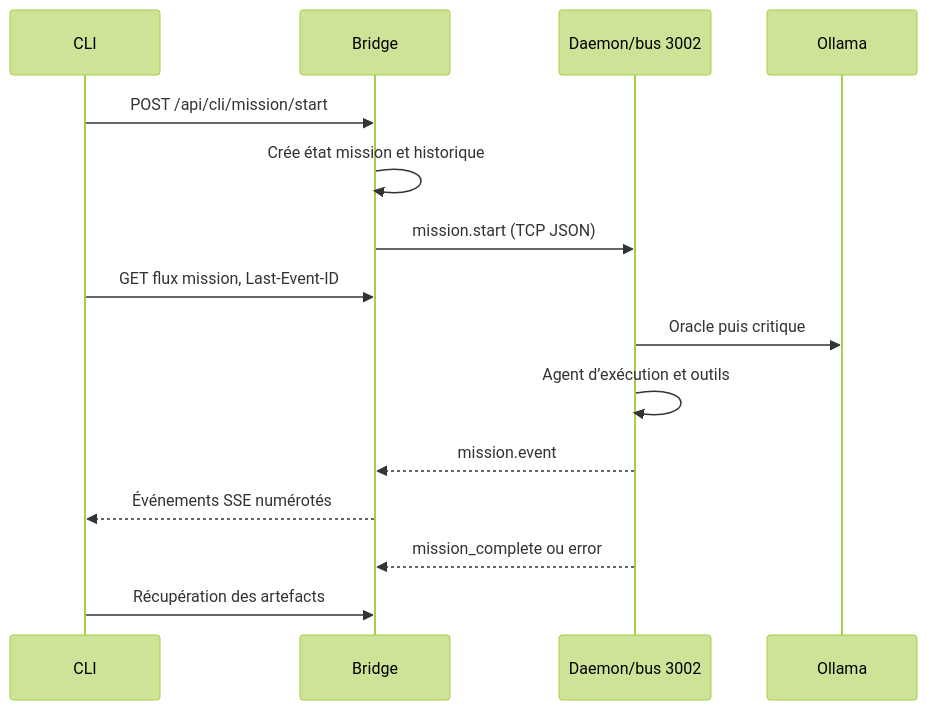
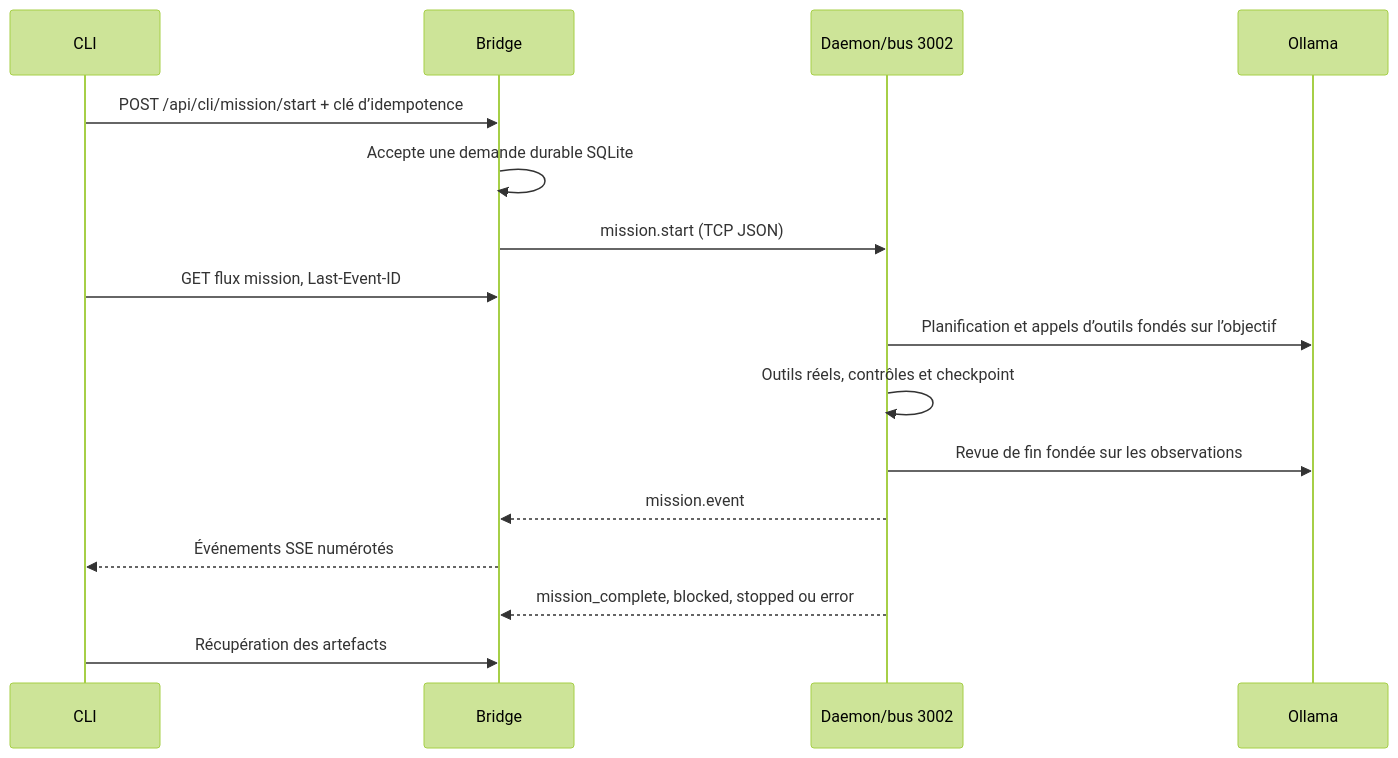
One commit to juancodepyandc/juan-of-bike-ia-linux changed the second of 2 diagrams in ARCHITECTURE_MAITRE.md. Above: the diagram before and after it, drawn with Mermaid (forest theme). The commit also changed other lines of this file and 19 other files, not shown here.

````diff
--- a/ARCHITECTURE_MAITRE.md
+++ b/ARCHITECTURE_MAITRE.md
@@ -350,17 +364,18 @@
 ```mermaid
 sequenceDiagram
   participant C as CLI
   participant B as Bridge
   participant D as Daemon/bus 3002
   participant O as Ollama
-  C->>B: POST /api/cli/mission/start
-  B->>B: Crée état mission et historique
+  C->>B: POST /api/cli/mission/start + clé d’idempotence
+  B->>B: Accepte une demande durable SQLite
   B->>D: mission.start (TCP JSON)
   C->>B: GET flux mission, Last-Event-ID
-  D->>O: Oracle puis critique
-  D->>D: Agent d’exécution et outils
+  D->>O: Planification et appels d’outils fondés sur l’objectif
+  D->>D: Outils réels, contrôles et checkpoint
+  D->>O: Revue de fin fondée sur les observations
   D-->>B: mission.event
   B-->>C: Événements SSE numérotés
-  D-->>B: mission_complete ou error
+  D-->>B: mission_complete, blocked, stopped ou error
   C->>B: Récupération des artefacts
 ```
````
